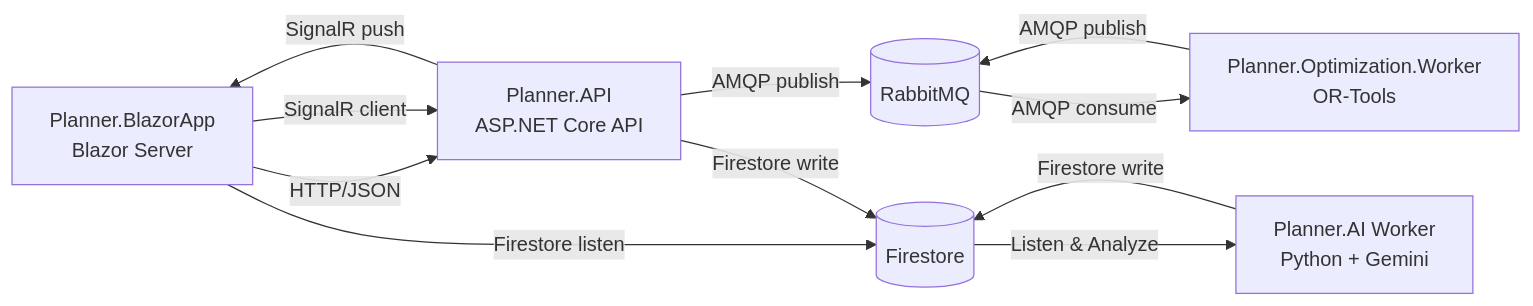
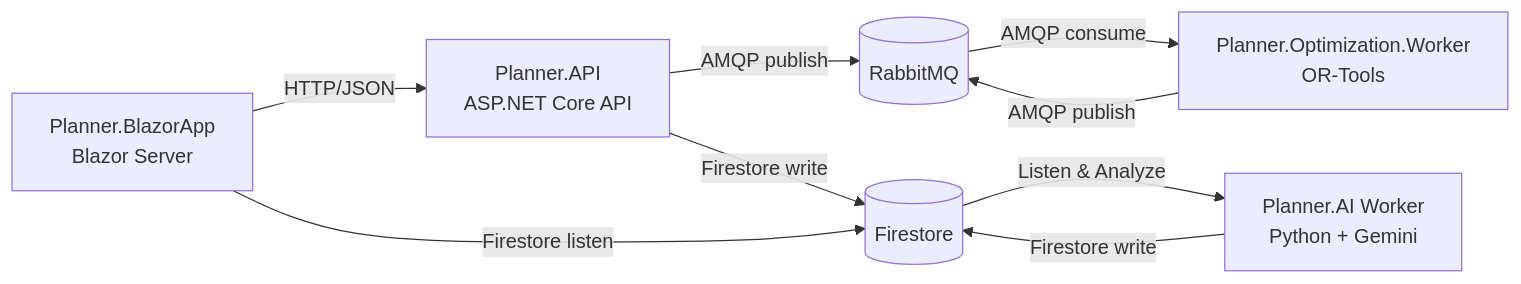
One commit to stephen-wu-chaohui/Planner changed the diagram in README.md. Above: the diagram before and after it, drawn with Mermaid. The commit also changed other lines of this file and 2 other files, not shown here.

````diff
--- a/README.md
+++ b/README.md
@@ -31,15 +31,13 @@
 ```mermaid
 flowchart LR
   UI["Planner.BlazorApp<br/>Blazor Server"] -->|HTTP/JSON| API["Planner.API<br/>ASP.NET Core API"]
-  UI -->|SignalR client| API
   UI -->|Firestore listen| FS[(Firestore)]
 
   API -->|AMQP publish| MQ[(RabbitMQ)]
   API -->|Firestore write| FS
   MQ -->|AMQP consume| WK["Planner.Optimization.Worker<br/>OR-Tools"]
   WK -->|AMQP publish| MQ
-  API -->|SignalR push| UI
   
   FS -->|Listen & Analyze| AI["Planner.AI Worker<br/>Python + Gemini"]
   AI -->|Firestore write| FS
 ```
````
